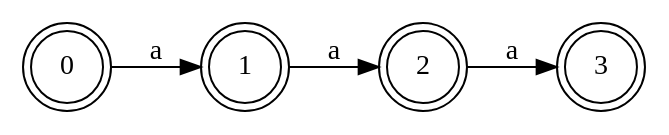
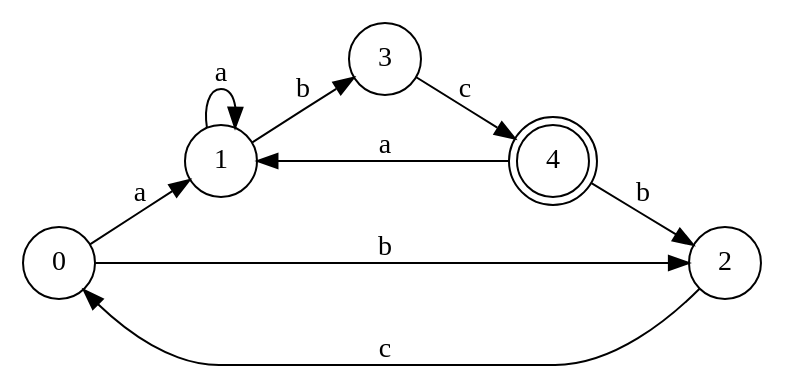
Before and after one commit to x6x4/LAB2_URGENCY: the diagram in dfa_output.dot, drawn with Graphviz. The commit also changed 8 other files, not shown here.

```diff
--- a/dfa_output.dot
+++ b/dfa_output.dot
@@ -1,11 +1,13 @@
 digraph DFA {
 rankdir="LR"
 node [shape=circle];
 0 -> 1 [label="a"];
-1 -> 2 [label="a"];
-2 -> 3 [label="a"];
-0[label="0"shape=doublecircle];
-1[label="1"shape=doublecircle];
-2[label="2"shape=doublecircle];
-3[label="3"shape=doublecircle];
+0 -> 2 [label="b"];
+1 -> 1 [label="a"];
+1 -> 3 [label="b"];
+2 -> 0 [label="c"];
+3 -> 4 [label="c"];
+4 -> 1 [label="a"];
+4 -> 2 [label="b"];
+4[label="4"shape=doublecircle];
 }
```
